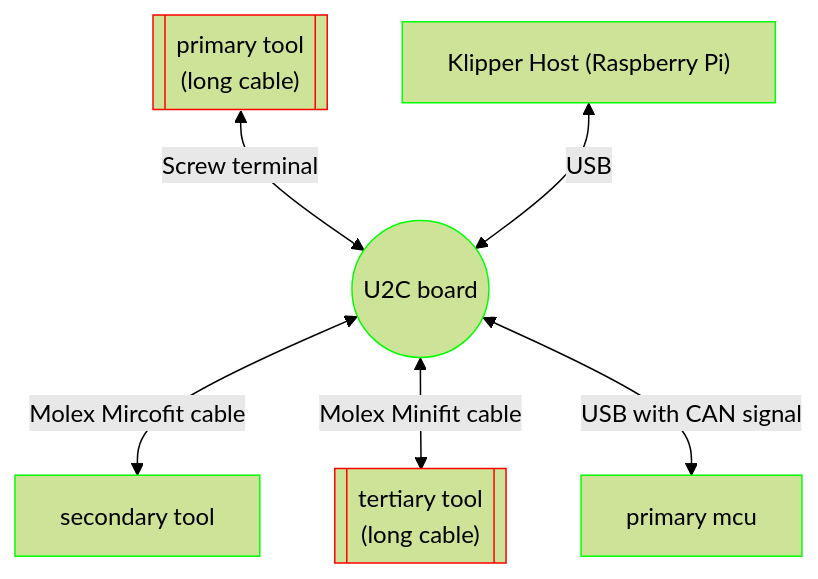
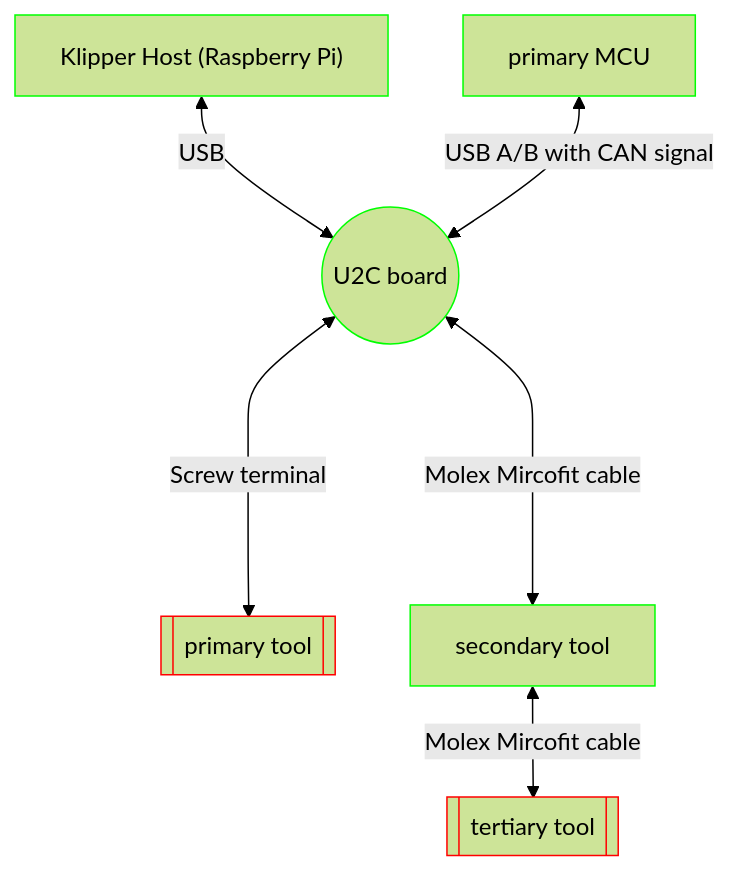
The fourth of 8 diagrams in can.md (willpuckett/kb_can), drawn with Mermaid (forest theme) before and after one commit. The commit also changed other lines of this file, not shown here.

Commit message:
include termination in diagrams

````diff
--- a/can.md
+++ b/can.md
@@ -200,21 +210,18 @@
 ```mermaid
 graph TD;
     classDef term stroke:#f00
     classDef can stroke:#0f0
     classDef nc stroke:#00f
 
-    sbc["Klipper Host (Raspberry Pi)"]:::can
+    SBC["Klipper Host (Raspberry Pi)"]:::can
     u2c((U2C board)):::can
-    t0[["`primary tool
-   (long cable)`"]]:::term
+    t0[[primary tool]]:::term
     t1[secondary tool]:::can
-    t2[["`tertiary tool
-    (long cable)`"]]:::term
-    primary[primary mcu]:::can
+    t2[[tertiary tool]]:::term
+    primary[primary MCU]:::can
 
-    t0 <--Screw terminal--> u2c
-    sbc <--USB--> u2c 
-    u2c <--Molex Mircofit cable--> t1 
-    u2c <--Molex Minifit cable-->  t2 
-    u2c <-- USB with CAN signal--> primary
+    SBC <--USB--> u2c 
+    primary <-- USB A/B with CAN signal--> u2c
+    u2c <--Screw terminal----> t0
+    u2c <--Molex Mircofit cable----> t1 <--Molex Mircofit cable--> t2
 ```
````
